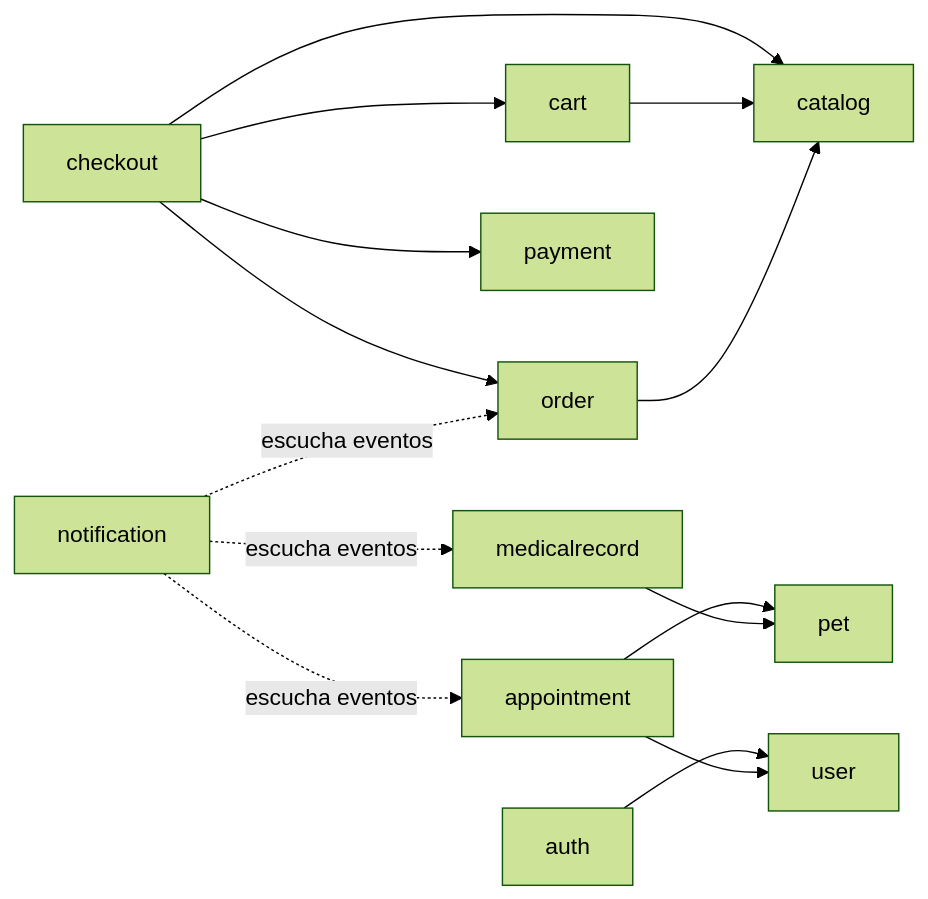
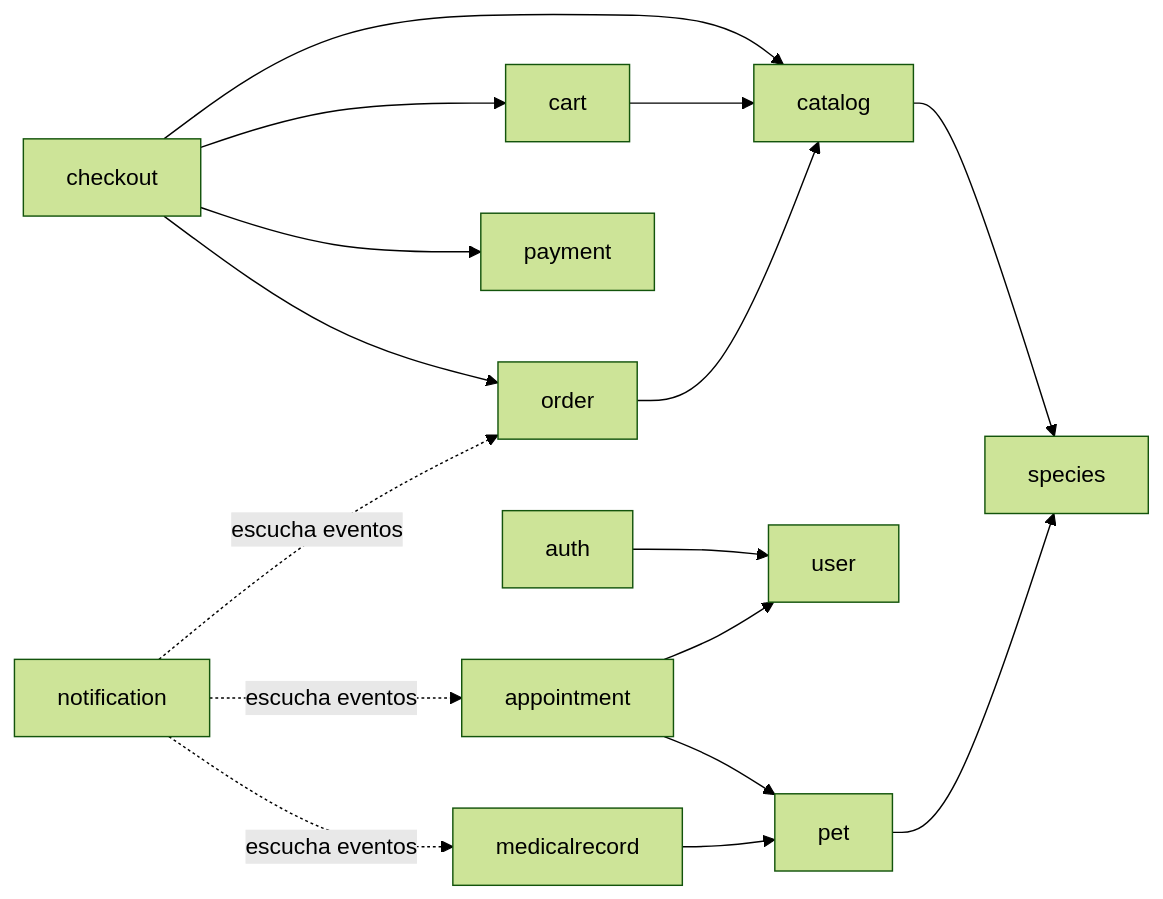
One commit to AndyMB94/plutimi changed the third of 12 diagrams in docs/ARCHITECTURE.md. Above: the diagram before and after it, drawn with Mermaid (forest theme). The commit also changed other lines of this file and 2 other files, not shown here.

````diff
--- a/docs/ARCHITECTURE.md
+++ b/docs/ARCHITECTURE.md
@@ -231,10 +235,12 @@
 ```mermaid
 flowchart LR
     checkout --> cart & order & payment & catalog
     cart --> catalog
     order --> catalog
+    catalog --> species
     auth --> user
+    pet --> species
     appointment --> pet & user
     medicalrecord --> pet
     notification -. escucha eventos .-> order & appointment & medicalrecord
 ```
````
